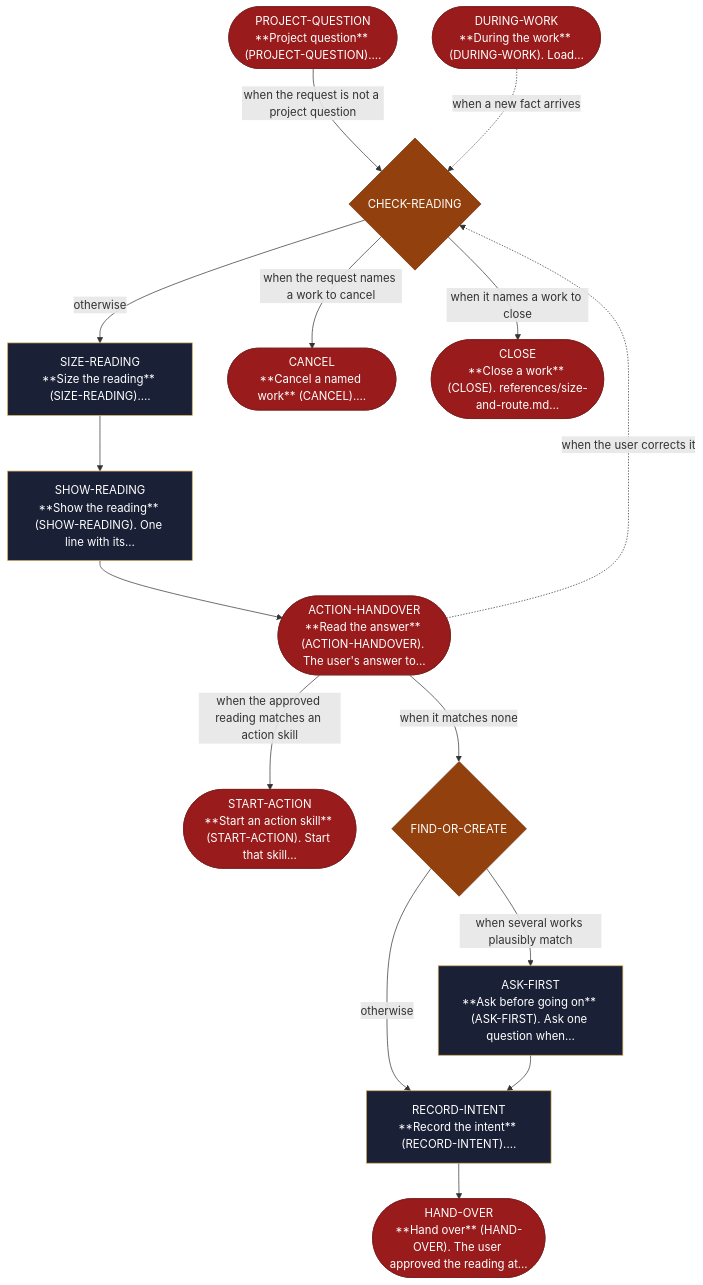
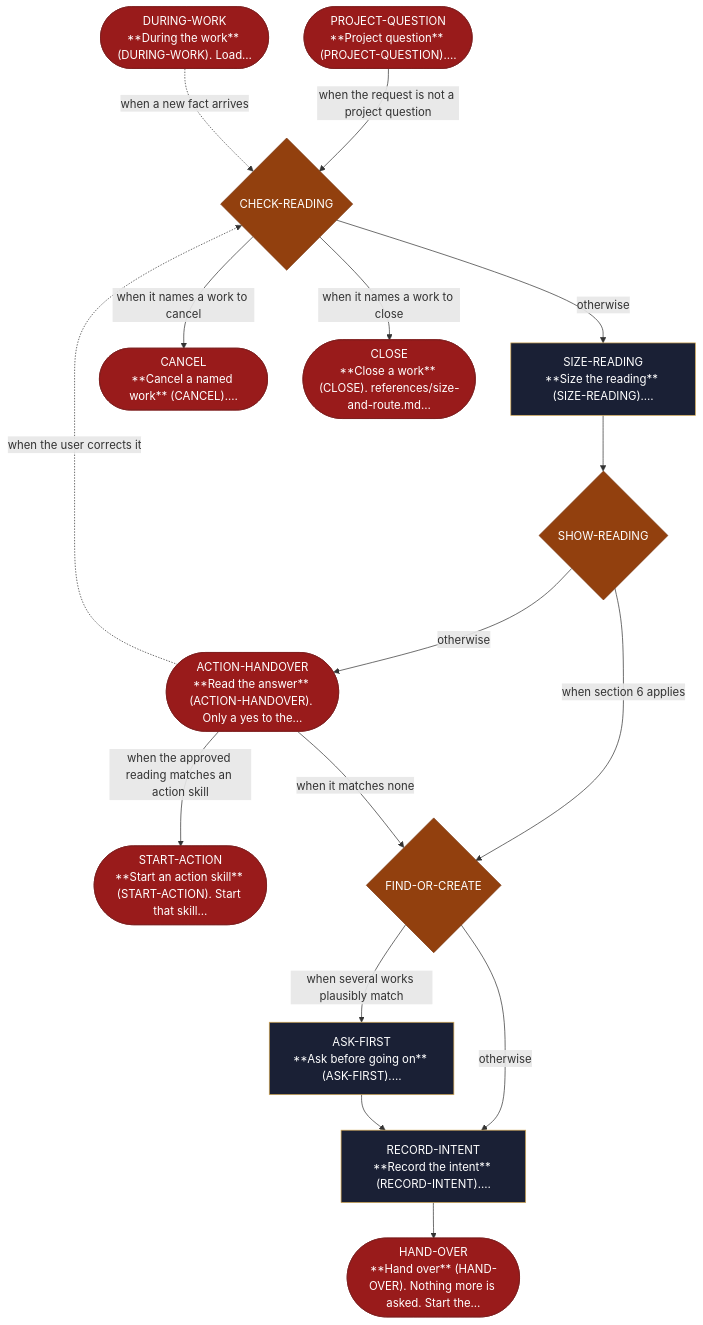
Before and after one commit to AndreVianna/aid-methodology: the diagram in site/src/content/docs/skills/aid-orchestrate.md, drawn with Mermaid. The commit also changed other lines of this file and 87 other files, not shown here.

````diff
--- a/site/src/content/docs/skills/aid-orchestrate.md
+++ b/site/src/content/docs/skills/aid-orchestrate.md
@@ -22,62 +22,63 @@
 ```mermaid
 flowchart TB
   classDef aidNode color:#fff
   classDef aidEntry fill:#166534,stroke:#14532d,color:#fff
   classDef aidExit fill:#991b1b,stroke:#7f1d1d,color:#fff
   classDef aidDecision fill:#92400e,stroke:#78350f,color:#fff
   classDef aidLoopBack fill:#1e3a8a,stroke:#1e3a8a,color:#fff
   classDef aidStep fill:#1a2035,stroke:#d4a853,color:#f1f5f9
   n1(["PROJECT-QUESTION<br/>**Project question** (PROJECT-QUESTION).…"])
   n2{"CHECK-READING"}
   n3["SIZE-READING<br/>**Size the reading** (SIZE-READING).…"]
-  n4["SHOW-READING<br/>**Show the reading** (SHOW-READING). One line with its…"]
-  n5(["ACTION-HANDOVER<br/>**Read the answer** (ACTION-HANDOVER). The user's answer to…"])
+  n4{"SHOW-READING"}
+  n5(["ACTION-HANDOVER<br/>**Read the answer** (ACTION-HANDOVER). Only a yes to the…"])
   n6(["START-ACTION<br/>**Start an action skill** (START-ACTION). Start that skill…"])
   n7{"FIND-OR-CREATE"}
-  n8["ASK-FIRST<br/>**Ask before going on** (ASK-FIRST). Ask one question when…"]
+  n8["ASK-FIRST<br/>**Ask before going on** (ASK-FIRST).…"]
   n9["RECORD-INTENT<br/>**Record the intent** (RECORD-INTENT).…"]
   n10(["CANCEL<br/>**Cancel a named work** (CANCEL).…"])
   n11(["CLOSE<br/>**Close a work** (CLOSE). references/size-and-route.md…"])
-  n12(["HAND-OVER<br/>**Hand over** (HAND-OVER). The user approved the reading at…"])
+  n12(["HAND-OVER<br/>**Hand over** (HAND-OVER). Nothing more is asked. Start the…"])
   n13(["DURING-WORK<br/>**During the work** (DURING-WORK). Load…"])
   n1 -->|"when the request is not a project question"| n2
   n2 -->|"otherwise"| n3
-  n2 -->|"when the request names a work to cancel"| n10
+  n2 -->|"when it names a work to cancel"| n10
   n2 -->|"when it names a work to close"| n11
   n3 --> n4
-  n4 --> n5
+  n4 -->|"otherwise"| n5
+  n4 -->|"when section 6 applies"| n7
   n5 -. "when the user corrects it" .-> n2
   n5 -->|"when the approved reading matches an action skill"| n6
   n5 -->|"when it matches none"| n7
   n7 -->|"when several works plausibly match"| n8
   n7 -->|"otherwise"| n9
   n8 --> n9
   n9 --> n12
   n13 -. "when a new fact arrives" .-> n2
   class n1 aidExit
   class n2 aidDecision
   class n3 aidStep
-  class n4 aidStep
+  class n4 aidDecision
   class n5 aidExit
   class n6 aidExit
   class n7 aidDecision
   class n8 aidStep
   class n9 aidStep
   class n10 aidExit
   class n11 aidExit
   class n12 aidExit
   class n13 aidExit
   class n1 aidNode
   class n2 aidNode
   class n3 aidNode
   class n4 aidNode
   class n5 aidNode
   class n6 aidNode
   class n7 aidNode
   class n8 aidNode
   class n9 aidNode
   class n10 aidNode
   class n11 aidNode
   class n12 aidNode
   class n13 aidNode
 ```
````
